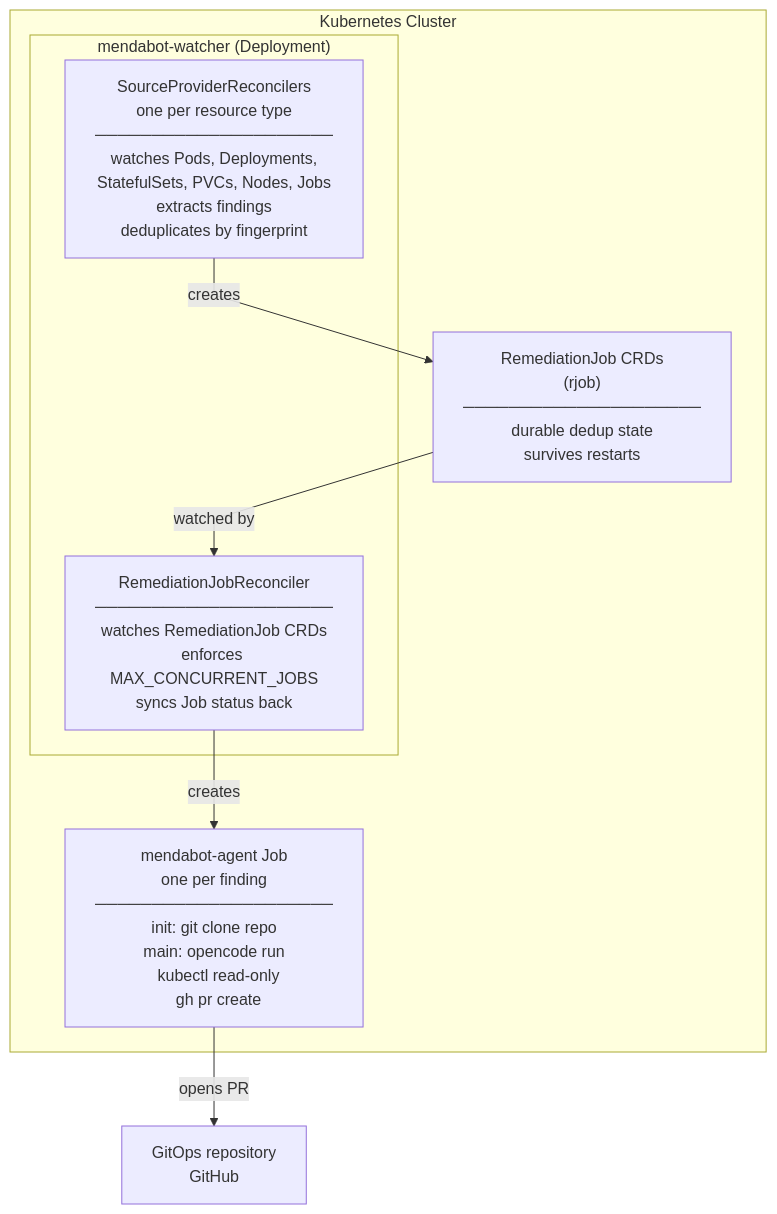
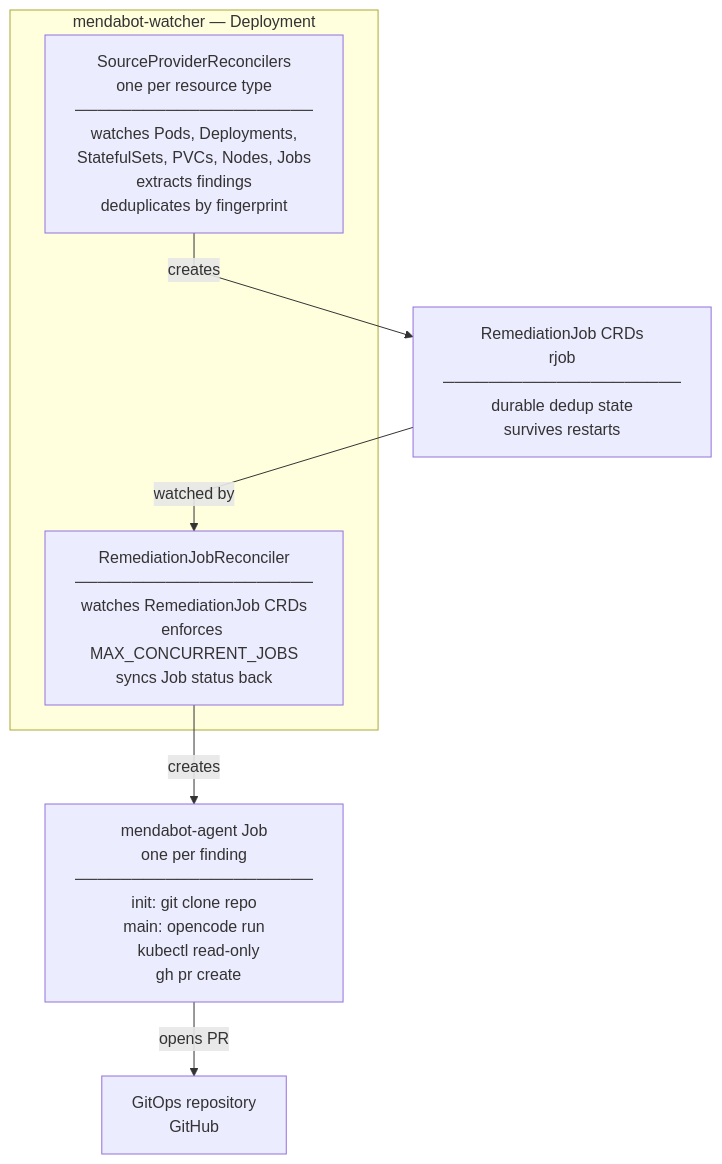
Before and after one commit to lenaxia/k8s-mendabot: the first of 2 diagrams in README.md, drawn with Mermaid.

Commit message:
docs(readme): remove nested subgraphs in architecture diagram

````diff
--- a/README.md
+++ b/README.md
@@ -12,21 +12,19 @@
 ```mermaid
 %%{init: {'flowchart': {'curve': 'linear'}}}%%
 flowchart TD
-    subgraph cluster["Kubernetes Cluster"]
-        subgraph watcher["mendabot-watcher (Deployment)"]
-            SPR["SourceProviderReconcilers<br/>one per resource type<br/>─────────────────────<br/>watches Pods, Deployments,<br/>StatefulSets, PVCs, Nodes, Jobs<br/>extracts findings<br/>deduplicates by fingerprint"]
-            RJR["RemediationJobReconciler<br/>─────────────────────<br/>watches RemediationJob CRDs<br/>enforces MAX_CONCURRENT_JOBS<br/>syncs Job status back"]
-        end
+    subgraph watcher["mendabot-watcher — Deployment"]
+        SPR["SourceProviderReconcilers<br/>one per resource type<br/>─────────────────────<br/>watches Pods, Deployments,<br/>StatefulSets, PVCs, Nodes, Jobs<br/>extracts findings<br/>deduplicates by fingerprint"]
+        RJR["RemediationJobReconciler<br/>─────────────────────<br/>watches RemediationJob CRDs<br/>enforces MAX_CONCURRENT_JOBS<br/>syncs Job status back"]
+    end
 
-        RJ["RemediationJob CRDs<br/>(rjob)<br/>─────────────────────<br/>durable dedup state<br/>survives restarts"]
+    RJ["RemediationJob CRDs<br/>rjob<br/>─────────────────────<br/>durable dedup state<br/>survives restarts"]
 
-        AJ["mendabot-agent Job<br/>one per finding<br/>─────────────────────<br/>init: git clone repo<br/>main: opencode run<br/>  kubectl read-only<br/>  gh pr create"]
-    end
+    AJ["mendabot-agent Job<br/>one per finding<br/>─────────────────────<br/>init: git clone repo<br/>main: opencode run<br/>  kubectl read-only<br/>  gh pr create"]
 
     GH["GitOps repository<br/>GitHub"]
 
     SPR -->|creates| RJ
     RJ -->|watched by| RJR
     RJR -->|creates| AJ
     AJ -->|opens PR| GH
 ```
````
